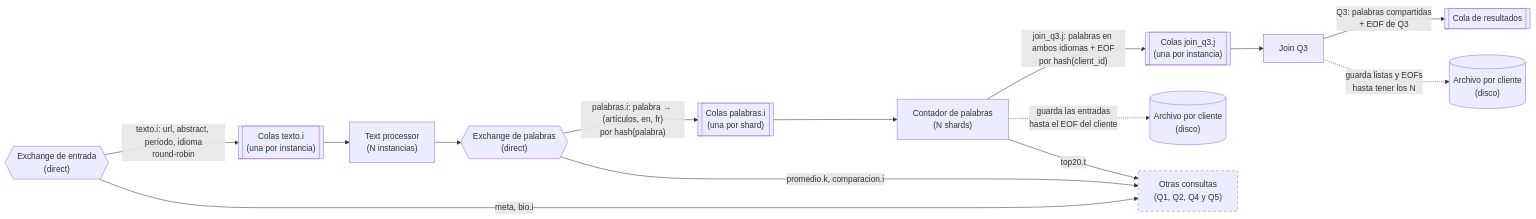
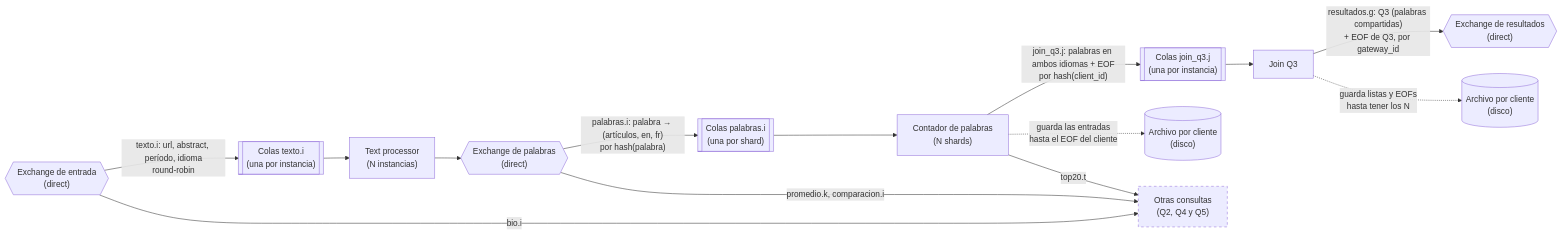
One commit to Cristobal710/tp-final-distribuidos changed the tenth of 14 diagrams in diagramas/README.md. Above: the diagram before and after it, drawn with Mermaid. The commit also changed other lines of this file, not shown here.

````diff
--- a/diagramas/README.md
+++ b/diagramas/README.md
@@ -472,21 +423,21 @@
 ```mermaid
 flowchart LR
     EXE{{"Exchange de entrada<br/>(direct)"}}
     EXE -- "texto.i: url, abstract, período, idioma<br/>round-robin" --> QTX[["Colas texto.i<br/>(una por instancia)"]]
     QTX --> TP["Text processor<br/>(N instancias)"]
     TP --> EXP{{"Exchange de palabras<br/>(direct)"}}
     EXP -- "palabras.i: palabra → (artículos, en, fr)<br/>por hash(palabra)" --> QW[["Colas palabras.i<br/>(una por shard)"]]
     QW --> WC["Contador de palabras<br/>(N shards)"]
     WC -- "join_q3.j: palabras en ambos idiomas + EOF<br/>por hash(client_id)" --> QJ3[["Colas join_q3.j<br/>(una por instancia)"]]
     QJ3 --> J3["Join Q3"]
-    J3 -- "Q3: palabras compartidas<br/>+ EOF de Q3" --> QR[["Cola de resultados"]]
+    J3 -- "resultados.g: Q3 (palabras compartidas)<br/>+ EOF de Q3, por gateway_id" --> EXR{{"Exchange de resultados<br/>(direct)"}}
     WC -. "guarda las entradas<br/>hasta el EOF del cliente" .-> DWC[("Archivo por cliente<br/>(disco)")]
     J3 -. "guarda listas y EOFs<br/>hasta tener los N" .-> DJ3[("Archivo por cliente<br/>(disco)")]
 
-    EXE -- "meta, bio.i" --> OTRAS["Otras consultas<br/>(Q1, Q2, Q4 y Q5)"]
+    EXE -- "bio.i" --> OTRAS["Otras consultas<br/>(Q2, Q4 y Q5)"]
     EXP -- "promedio.k, comparacion.i" --> OTRAS
     WC -- "top20.t" --> OTRAS
 
     classDef resto stroke-dasharray: 5 5
     class OTRAS resto
 ```
````
